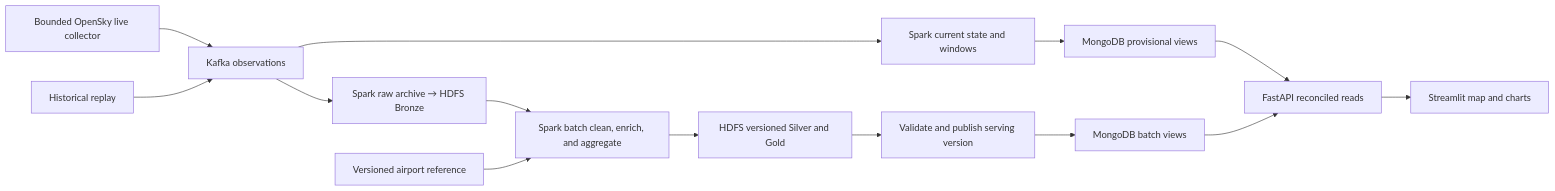
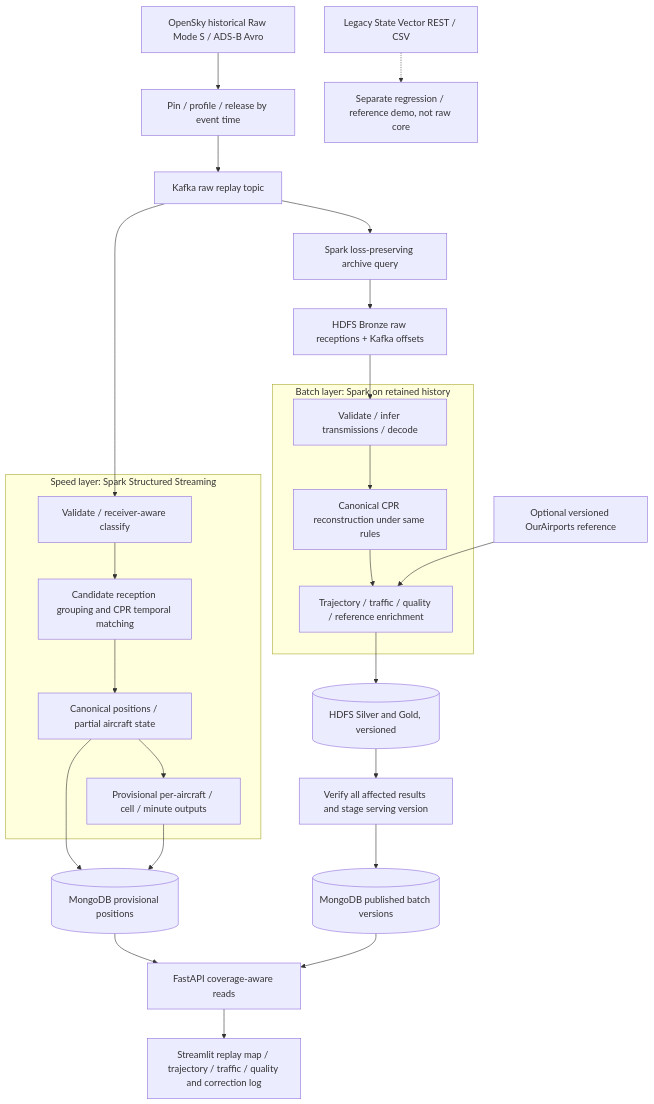
Before and after one commit to brianminhle/BigData_20261: the second of 2 diagrams in docs/architecture.md, drawn with Mermaid. The commit also changed other lines of this file and 47 other files, not shown here.

Commit message:
Add raw ADS-B ingestion

````diff
--- a/docs/architecture.md
+++ b/docs/architecture.md
@@ -51,16 +51,36 @@
 ```mermaid
-flowchart LR
-    LIVE[Bounded OpenSky live collector] --> KAFKA[Kafka observations]
-    REPLAY[Historical replay] --> KAFKA
-    KAFKA --> RAW[Spark raw archive → HDFS Bronze]
-    KAFKA --> SPEED[Spark current state and windows]
-    SPEED --> HOT[MongoDB provisional views]
-    RAW --> BATCH[Spark batch clean, enrich, and aggregate]
-    REFERENCE[Versioned airport reference] --> BATCH
-    BATCH --> GOLD[HDFS versioned Silver and Gold]
-    GOLD --> PUBLISH[Validate and publish serving version]
-    PUBLISH --> FINAL[MongoDB batch views]
-    HOT --> API[FastAPI reconciled reads]
+flowchart TB
+    RAW[OpenSky historical Raw Mode S / ADS-B Avro] --> PIN[Pin / profile / release by event time]
+    PIN --> K[Kafka raw replay topic]
+
+    subgraph SPEED[Speed layer: Spark Structured Streaming]
+        S1[Validate / receiver-aware classify]
+        S2[Candidate reception grouping and CPR temporal matching]
+        S3[Canonical positions / partial aircraft state]
+        SW[Provisional per-aircraft / cell / minute outputs]
+        S1 --> S2 --> S3 --> SW
+    end
+
+    subgraph BATCH[Batch layer: Spark on retained history]
+        B1[Validate / infer transmissions / decode]
+        B2[Canonical CPR reconstruction under same rules]
+        B3[Trajectory / traffic / quality / reference enrichment]
+        B1 --> B2 --> B3
+    end
+
+    K --> ARCH[Spark loss-preserving archive query]
+    ARCH --> BR[HDFS Bronze raw receptions + Kafka offsets]
+    BR --> B1
+    K --> S1
+    S3 --> HOT[(MongoDB provisional positions)]
+    SW --> HOT
+    B3 --> GOLD[(HDFS Silver and Gold, versioned)]
+    GOLD --> VERIFY[Verify all affected results and stage serving version]
+    VERIFY --> FINAL[(MongoDB published batch versions)]
+    HOT --> API[FastAPI coverage-aware reads]
     FINAL --> API
-    API --> UI[Streamlit map and charts]
+    API --> UI[Streamlit replay map / trajectory / traffic / quality and correction log]
+    REF[Optional versioned OurAirports reference] --> B3
+
+    LEGACY[Legacy State Vector REST / CSV] -.-> BASELINE[Separate regression / reference demo, not raw core]
 ```
````
